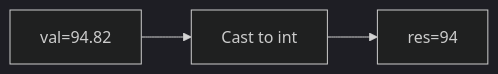
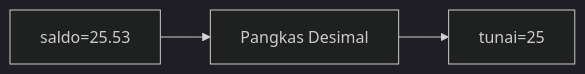
The first of 25 diagrams in part-c-pemahaman-cpp/01-tipe-data/latihan/set-09.md (amnahwaida/OSNK_INF_PREP), drawn with Mermaid (dark theme) before and after one commit. The commit also changed other lines of this file and 71 other files, not shown here.

````diff
--- a/part-c-pemahaman-cpp/01-tipe-data/latihan/set-09.md
+++ b/part-c-pemahaman-cpp/01-tipe-data/latihan/set-09.md
@@ -21,5 +21,5 @@
 ```mermaid
 graph LR
-A["val=94.82"] --> B["Cast to int"]
-B --> C["res=94"]
+A["saldo=25.53"] --> B["Pangkas Desimal"]
+B --> C["tunai=25"]
 ```
````
